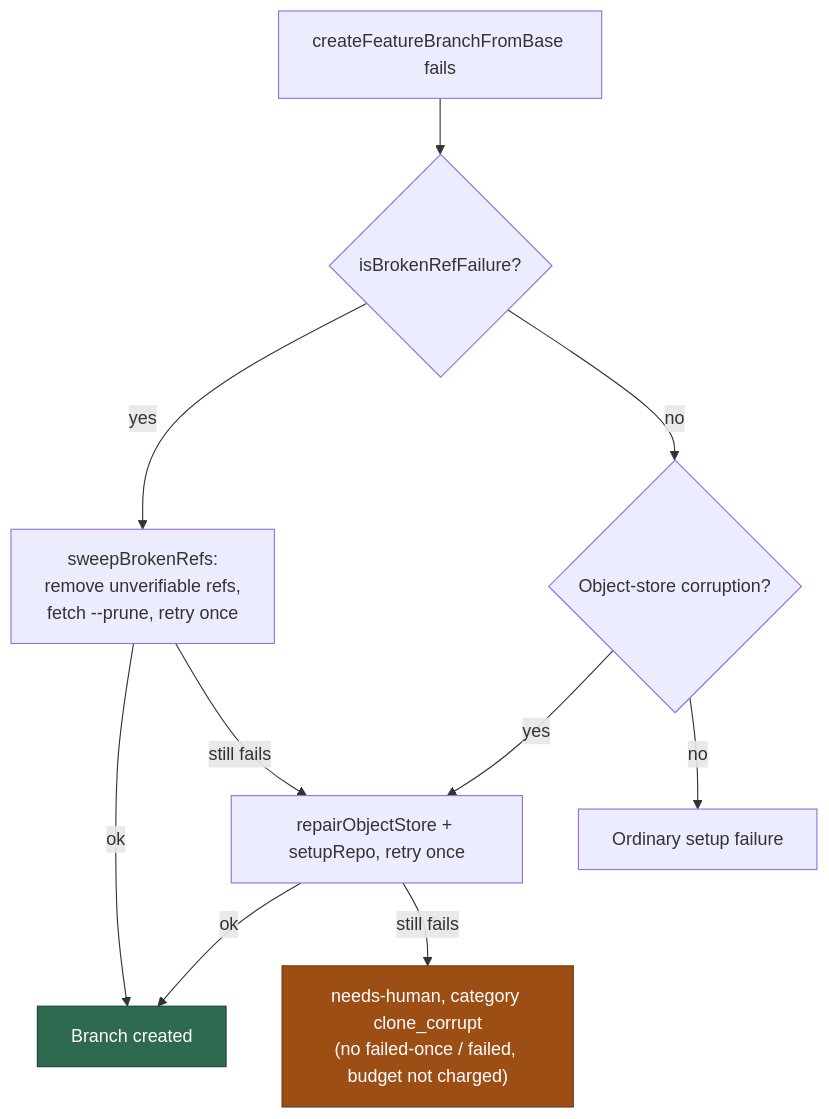
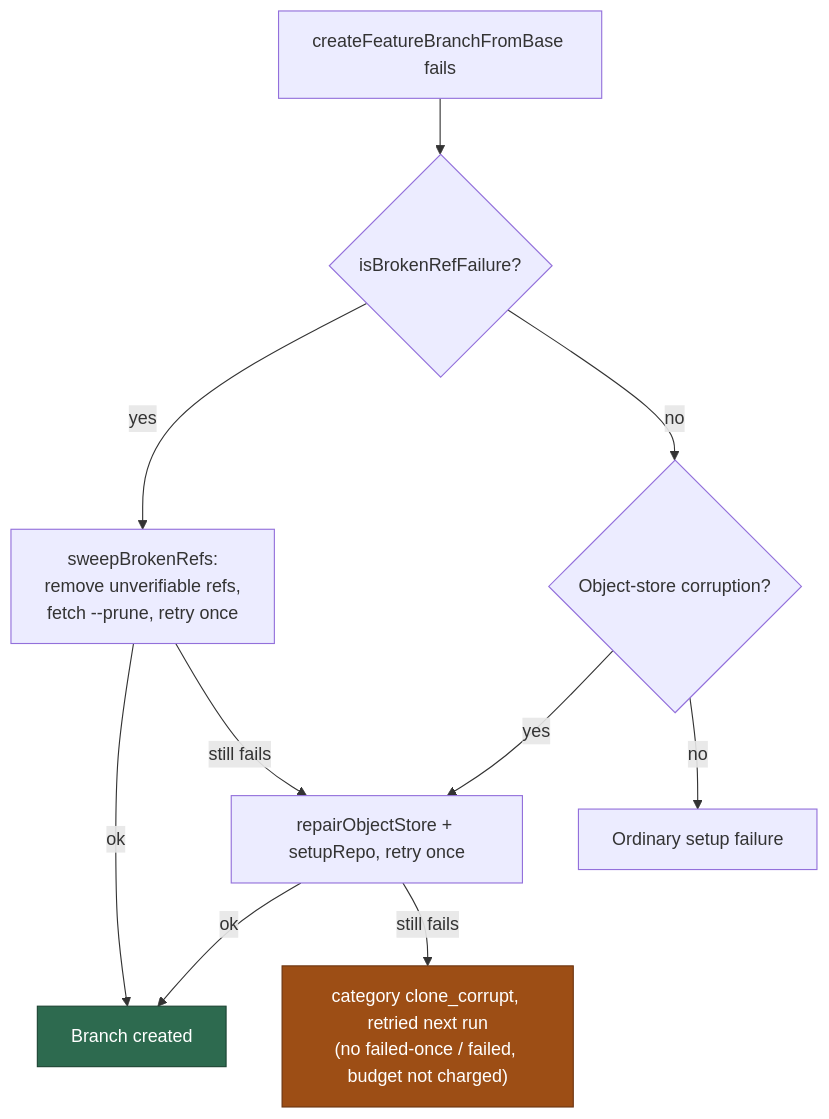
Before and after one commit to stSoftwareAU/VibeCoder: the sixth of 6 diagrams in docs/workflows/README.md, drawn with Mermaid. The commit also changed other lines of this file and 11 other files, not shown here.

````diff
--- a/docs/workflows/README.md
+++ b/docs/workflows/README.md
@@ -422,14 +422,14 @@
 ```mermaid
 flowchart TD
     A["createFeatureBranchFromBase fails"] --> B{"isBrokenRefFailure?"}
     B -- yes --> C["sweepBrokenRefs:<br/>remove unverifiable refs,<br/>fetch --prune, retry once"]
     C -- ok --> Z["Branch created"]
     C -- still fails --> E
     B -- no --> D{"Object-store corruption?"}
     D -- yes --> E["repairObjectStore + setupRepo, retry once"]
     E -- ok --> Z
-    E -- still fails --> F["needs-human, category clone_corrupt<br/>(no failed-once / failed, budget not charged)"]
+    E -- still fails --> F["category clone_corrupt, retried next run<br/>(no failed-once / failed, budget not charged)"]
     D -- no --> G[Ordinary setup failure]
     style Z fill:#2d6a4f,stroke:#1b4332,color:#fff
     style F fill:#9d4e15,stroke:#6b3410,color:#fff
 ```
````
